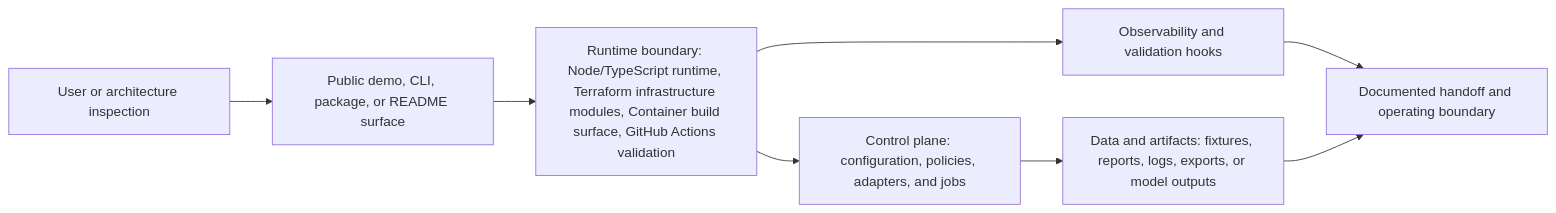
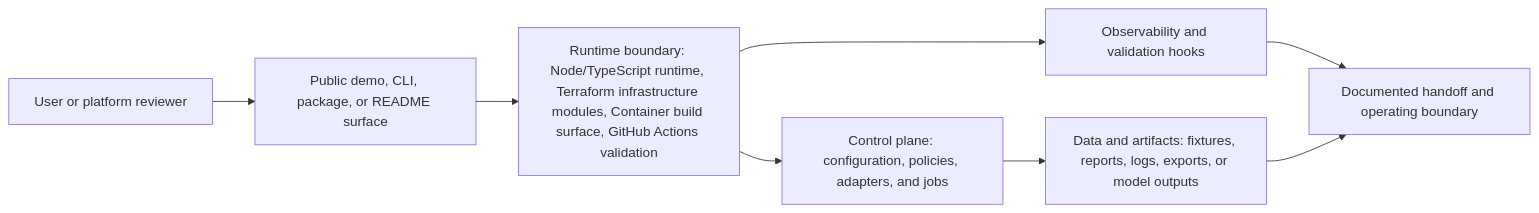
One commit to KIM3310/stage-pilot changed the diagram in docs/system-architecture.md. Above: the diagram before and after it, drawn with Mermaid. The commit also changed 41 other files, not shown here.

````diff
--- a/docs/system-architecture.md
+++ b/docs/system-architecture.md
@@ -18,10 +18,10 @@
 ```mermaid
 flowchart LR
-    User["User or architecture inspection"] --> Surface["Public demo, CLI, package, or README surface"]
+    User["User or platform reviewer"] --> Surface["Public demo, CLI, package, or README surface"]
     Surface --> Runtime["Runtime boundary: Node/TypeScript runtime, Terraform infrastructure modules, Container build surface, GitHub Actions validation"]
     Runtime --> Control["Control plane: configuration, policies, adapters, and jobs"]
     Control --> Data["Data and artifacts: fixtures, reports, logs, exports, or model outputs"]
     Runtime --> Observability["Observability and validation hooks"]
     Observability --> Handoff["Documented handoff and operating boundary"]
     Data --> Handoff
 ```
````
